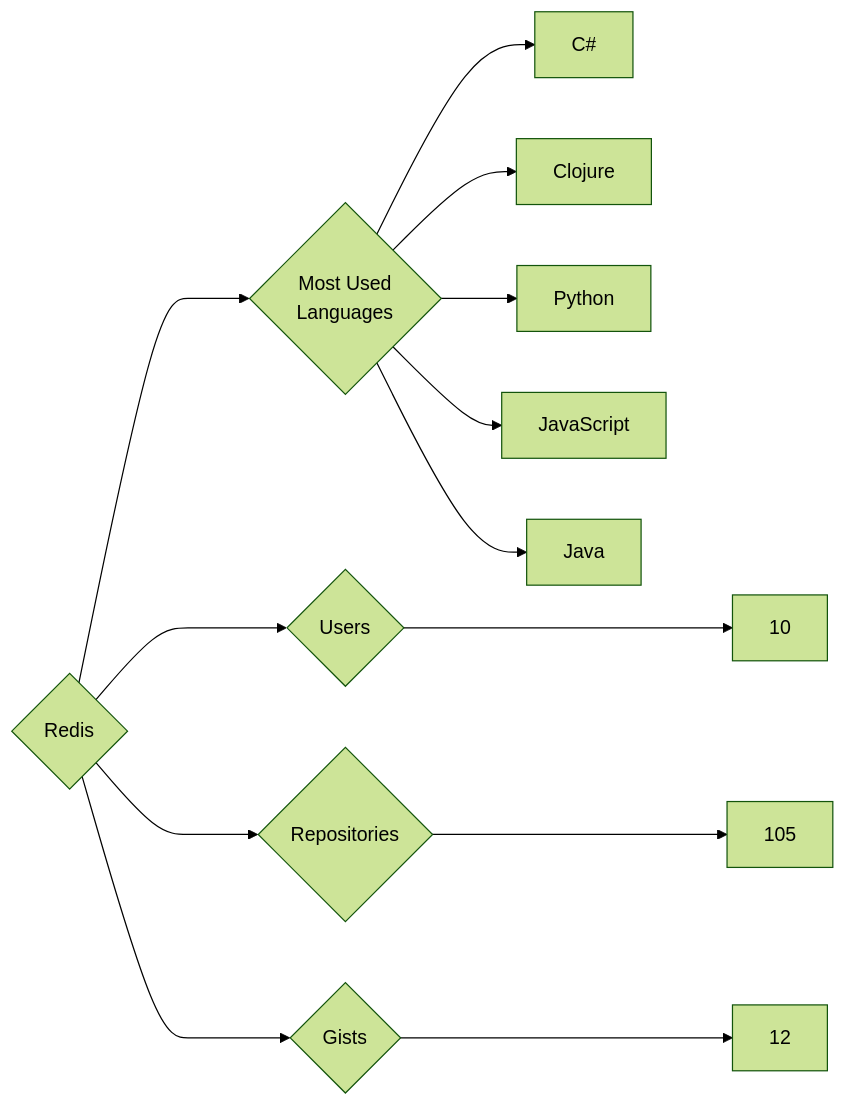
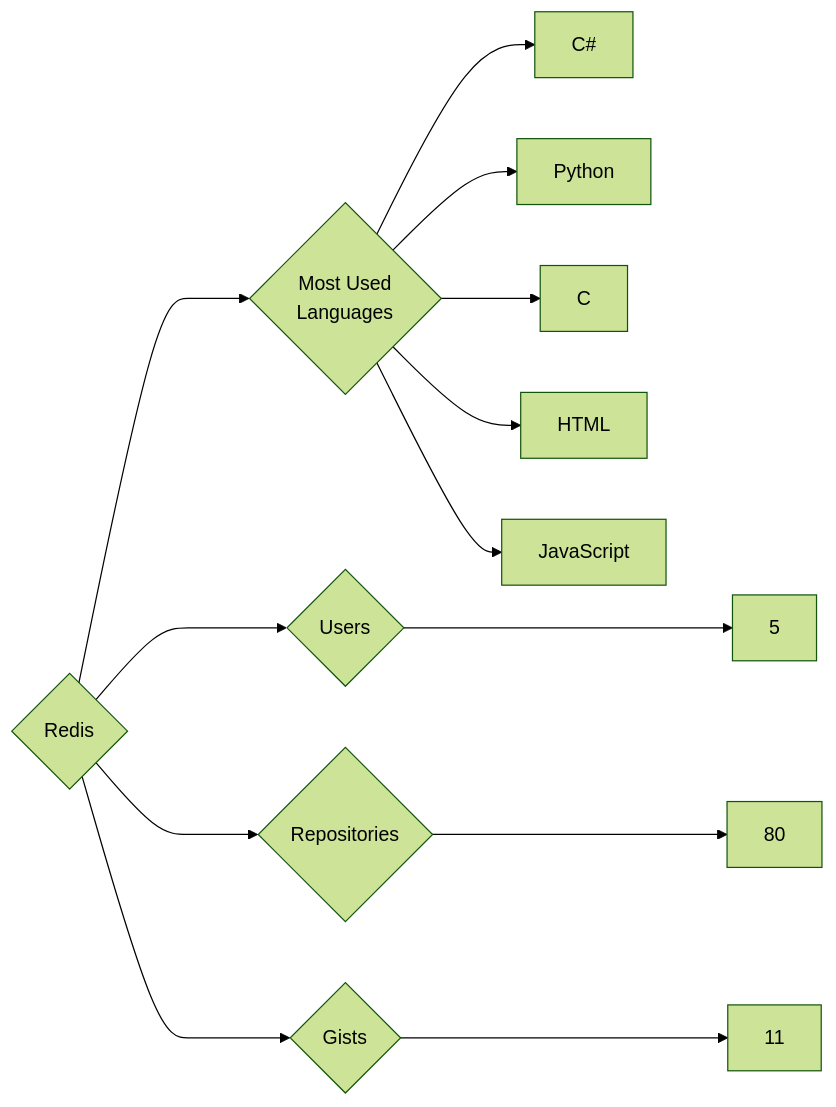
One commit to trickest/insiders changed the diagram in targets/Redis/README.md. Above: the diagram before and after it, drawn with Mermaid (forest theme). The commit also changed 677 other files, not shown here.

````diff
--- a/targets/Redis/README.md
+++ b/targets/Redis/README.md
@@ -3,13 +3,13 @@
 ```mermaid
 graph LR
 COMPANY_NAME{Redis}
-COMPANY_NAME ---> U{Users} ---> UN[10]
-COMPANY_NAME ---> R{Repositories} ---> RN[105]
-COMPANY_NAME ---> G{Gists} ---> GN[12]
+COMPANY_NAME ---> U{Users} ---> UN[5]
+COMPANY_NAME ---> R{Repositories} ---> RN[80]
+COMPANY_NAME ---> G{Gists} ---> GN[11]
 COMPANY_NAME ---> ML{Most Used<br>Languages}
 ML --> C#[C#]
-ML --> Clojure[Clojure]
 ML --> Python[Python]
+ML --> C[C]
+ML --> HTML[HTML]
 ML --> JavaScript[JavaScript]
-ML --> Java[Java]
 ```
````
